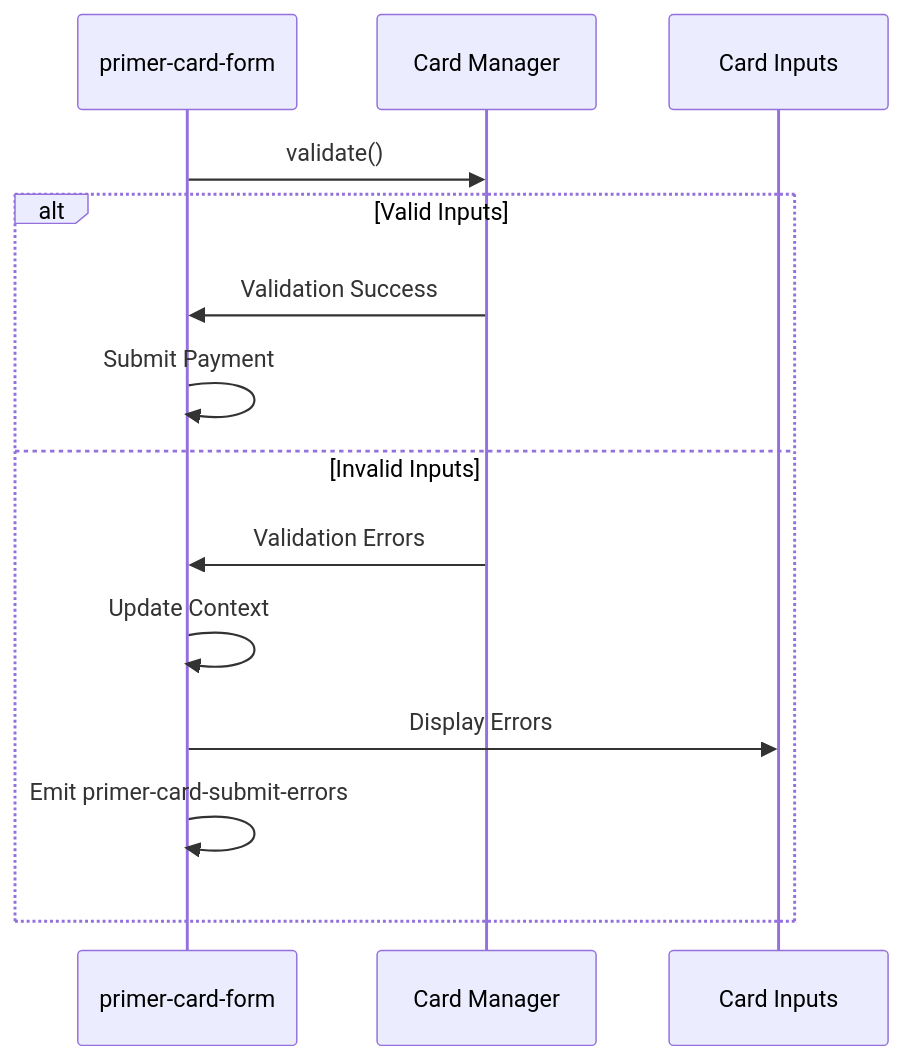
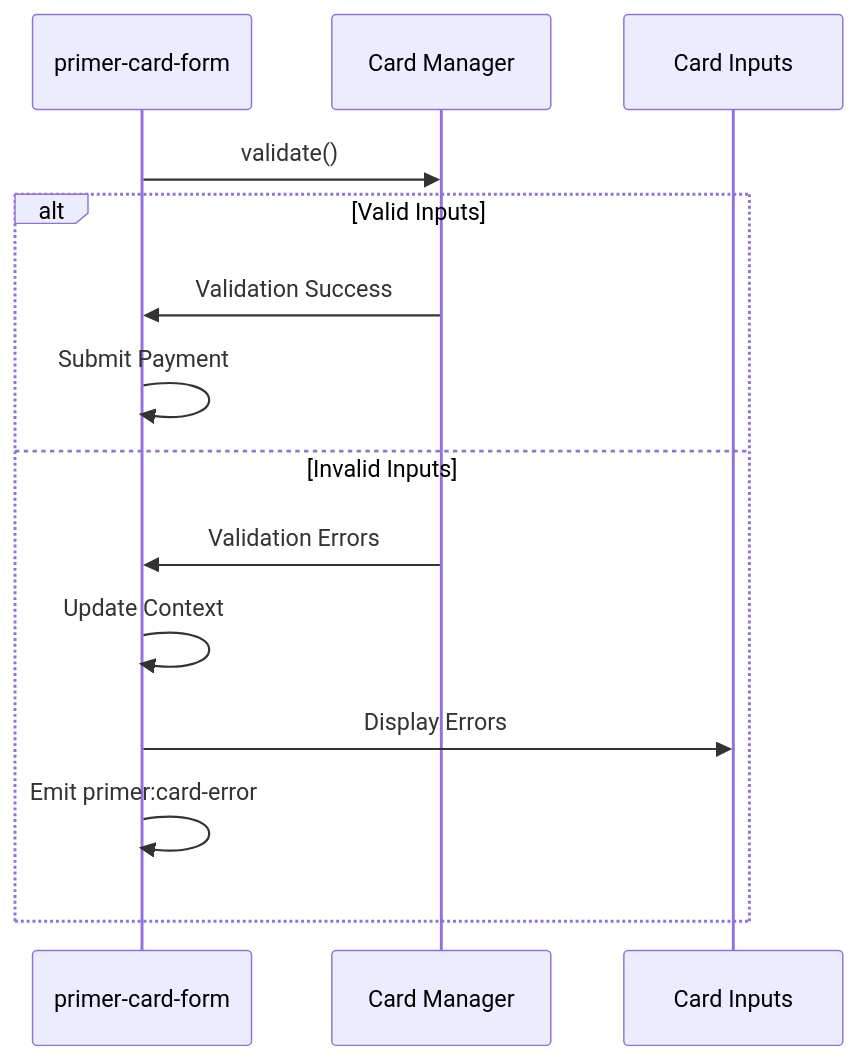
Before and after one commit to primer-io/examples: the fifth of 5 diagrams in docs/general-docs/api/Components/CardForm/index.md, drawn with Mermaid. The commit also changed other lines of this file and 19 other files, not shown here.

````diff
--- a/docs/general-docs/api/Components/CardForm/index.md
+++ b/docs/general-docs/api/Components/CardForm/index.md
@@ -283,17 +283,17 @@
 ```mermaid
 sequenceDiagram
     participant Form as primer-card-form
     participant Manager as Card Manager
     participant Inputs as Card Inputs
 
     Form->>Manager: validate()
     alt Valid Inputs
         Manager->>Form: Validation Success
         Form->>Form: Submit Payment
     else Invalid Inputs
         Manager->>Form: Validation Errors
         Form->>Form: Update Context
         Form->>Inputs: Display Errors
-        Form->>Form: Emit primer-card-submit-errors
+        Form->>Form: Emit primer:card-error
     end
 ```
````
